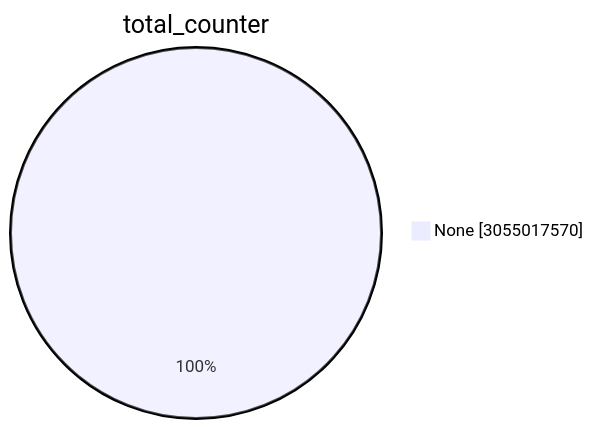
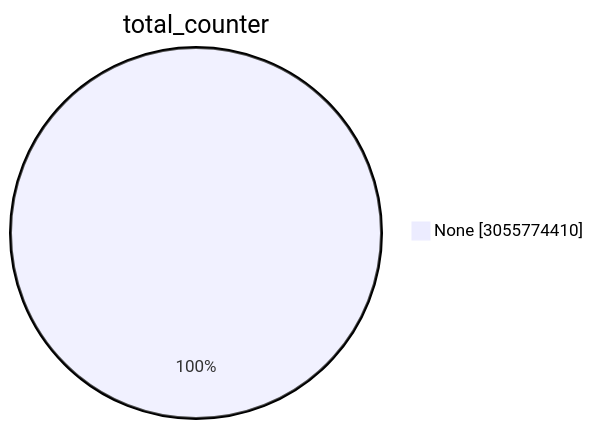
The first of 15 diagrams in TOTAL/README.md (christiankrug/ctmonitor_visualization), drawn with Mermaid before and after one commit. The commit also changed other lines of this file, not shown here.

````diff
--- a/TOTAL/README.md
+++ b/TOTAL/README.md
@@ -1,5 +1,5 @@
 ```mermaid
 pie showData
 title total_counter
-"None" :3055017570
+"None" :3055774410
 ```
````
